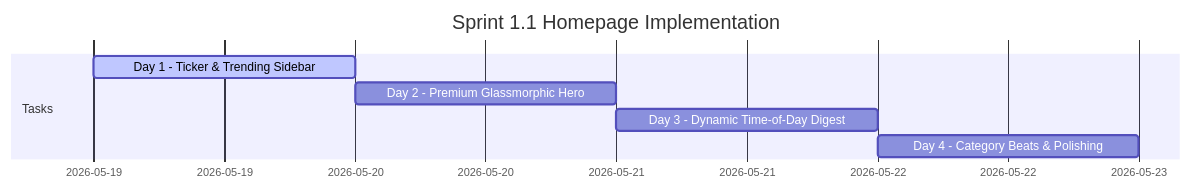
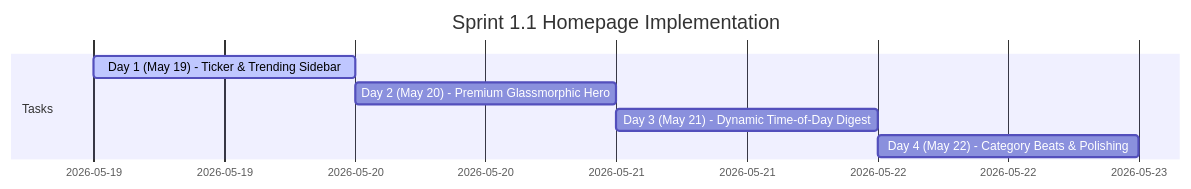
Before and after one commit to sauraavsarkar/Newspaper: the diagram in plans/todayplan.md, drawn with Mermaid. The commit also changed other lines of this file, not shown here.

````diff
--- a/plans/todayplan.md
+++ b/plans/todayplan.md
@@ -10,10 +10,10 @@
 ```mermaid
 gantt
     title Sprint 1.1 Homepage Implementation
     dateFormat  YYYY-MM-DD
     section Tasks
-    Day 1 - Ticker & Trending Sidebar       :active, 2026-05-19, 1d
-    Day 2 - Premium Glassmorphic Hero       : 2026-05-20, 1d
-    Day 3 - Dynamic Time-of-Day Digest     : 2026-05-21, 1d
-    Day 4 - Category Beats & Polishing      : 2026-05-22, 1d
+    Day 1 (May 19) - Ticker & Trending Sidebar       :active, 2026-05-19, 1d
+    Day 2 (May 20) - Premium Glassmorphic Hero       : 2026-05-20, 1d
+    Day 3 (May 21) - Dynamic Time-of-Day Digest     : 2026-05-21, 1d
+    Day 4 (May 22) - Category Beats & Polishing      : 2026-05-22, 1d
 ```
````
